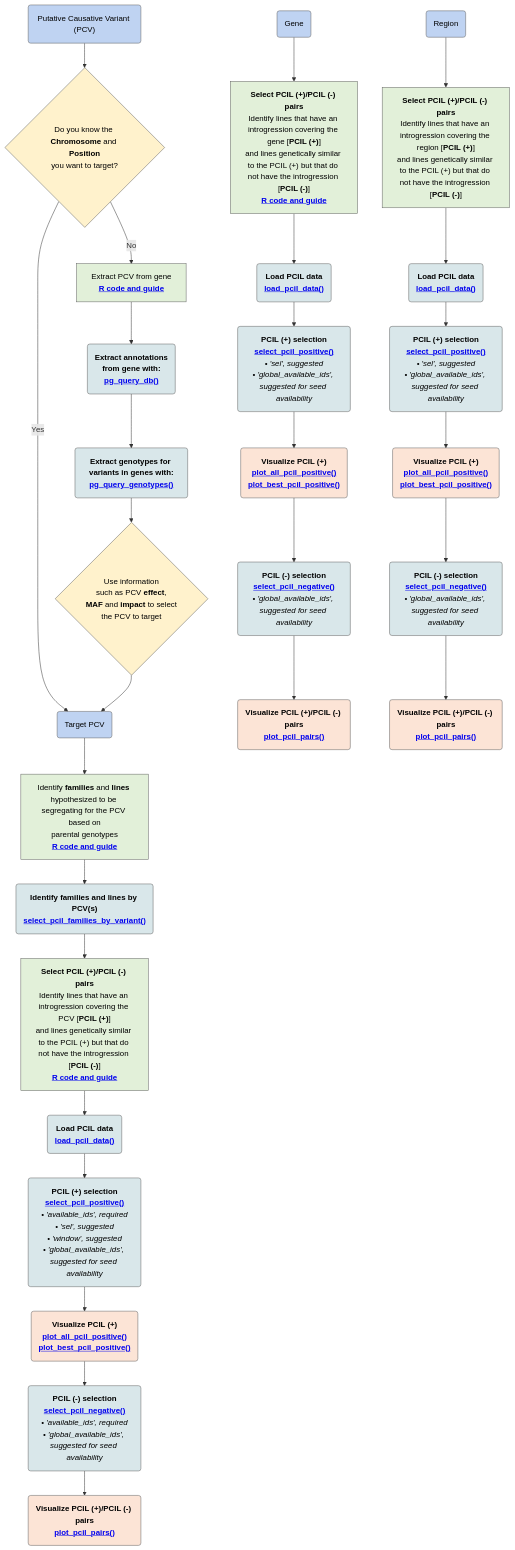
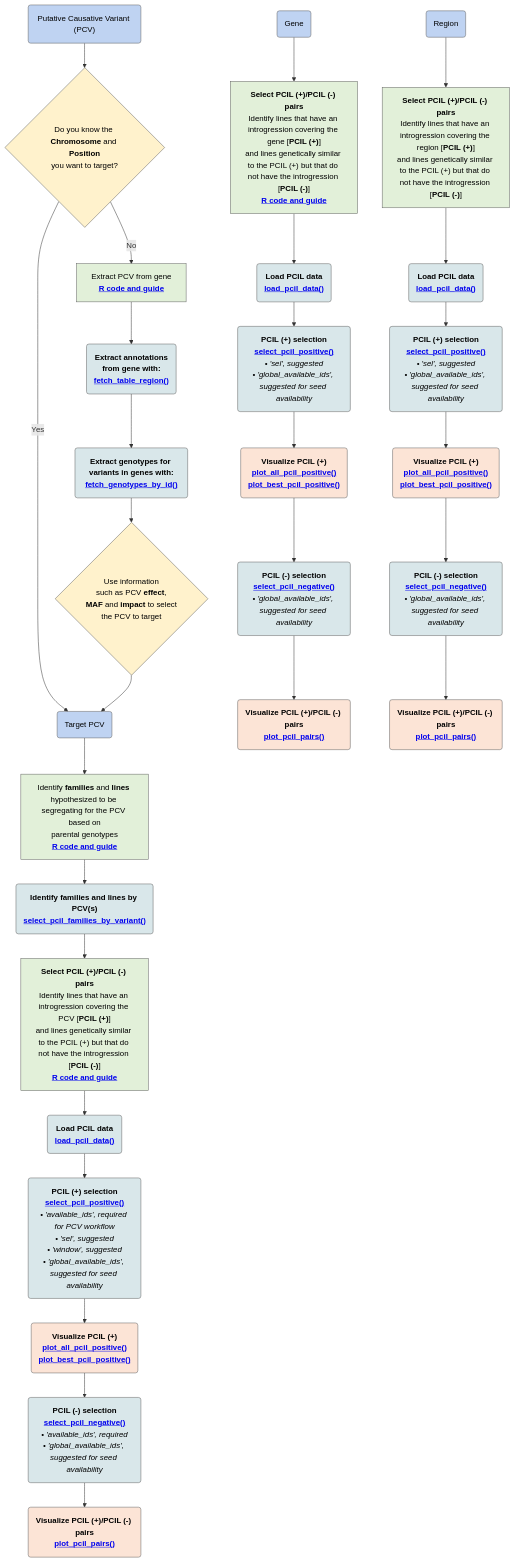
The first of 4 diagrams in README.md (claracruet/PCIL_selection_pipeline), drawn with Mermaid before and after one commit. The commit also changed other lines of this file, not shown here.

```diff
--- a/README.md
+++ b/README.md
@@ -59,9 +59,9 @@
 
 KNOW -->|Yes| TARGET("Target PCV")
 
-EXTRACT --> ANN("<b>Extract annotations</b><br/><b>from gene with:</b><br/><a href='https://awkena.github.io/panGenomeBreedr/articles/panGenomeBreedr_Workflows.html'><b>pg_query_db()</b></a>")
+EXTRACT --> ANN("<b>Extract annotations</b><br/><b>from gene with:</b><br/><a href='https://awkena.github.io/panGenomeBreedr/articles/panGenomeBreedr_Workflows.html'><b>fetch_table_region()</b></a>")
 
-ANN --> GENO("<b>Extract genotypes for variants in genes with:</b><br/><a href='https://awkena.github.io/panGenomeBreedr/articles/panGenomeBreedr_Workflows.html'><b>pg_query_genotypes()</b></a>")
+ANN --> GENO("<b>Extract genotypes for variants in genes with:</b><br/><a href='https://awkena.github.io/panGenomeBreedr/articles/panGenomeBreedr_Workflows.html'><b>fetch_genotypes_by_id()</b></a>")
 
 GENO --> CHOOSE{"Use information<br/>such as PCV <b>effect</b>,<br/><b>MAF</b> and <b>impact</b> to select<br/>the PCV to target"}
 
@@ -75,7 +75,7 @@
 
 PCPOSSTEP --> PCDATA("<b>Load PCIL data</b><br/><a href='https://github.com/claracruet/PCIL_selection_pipeline/blob/main/load_pcil_data_ReadMe.md'><b>load_pcil_data()</b></a>")
 
-PCDATA --> PCPOSFUNC("<b>PCIL (+) selection</b><br/><a href='https://github.com/claracruet/PCIL_selection_pipeline/blob/main/select_pcil_positive_ReadMe.md'><b>select_pcil_positive()</b></a><br/><i>• 'available_ids', required<br/>• 'sel', suggested<br/>• 'window', suggested<br/>• 'global_available_ids', suggested for seed availability</i>")
+PCDATA --> PCPOSFUNC("<b>PCIL (+) selection</b><br/><a href='https://github.com/claracruet/PCIL_selection_pipeline/blob/main/select_pcil_positive_ReadMe.md'><b>select_pcil_positive()</b></a><br/><i>• 'available_ids', required for PCV workflow<br/>• 'sel', suggested<br/>• 'window', suggested<br/>• 'global_available_ids', suggested for seed availability</i>")
 
 PCPOSFUNC --> PCPOSPLOT("<b>Visualize PCIL (+)</b><br/><a href='https://github.com/claracruet/PCIL_selection_pipeline/blob/main/plotting_functions_ReadMe.md'><b>plot_all_pcil_positive()</b></a><br/><a href='https://github.com/claracruet/PCIL_selection_pipeline/blob/main/plotting_functions_ReadMe.md'><b>plot_best_pcil_positive()</b></a>")
 
@@ -88,7 +88,7 @@
 %% GENE BRANCH
 %% =========================================================
 
-GENE --> GPOSSTEP["<b>Select PCIL (+)/PCIL (-) pairs</b><br/>Identify lines that have an introgression covering the gene [<b>PCIL (+)</b>]<br/>and lines genetically similar to the PCIL (+) but that do not have the introgression [<b>PCIL (-)</b>]</br><a href='https://github.com/claracruet/PCIL_selection_pipeline/blob/main/gene_to_pcil_branch.md'><b>R code and guide</b></a>"]
+GENE --> GPOSSTEP["<b>Select PCIL (+)/PCIL (-) pairs</b><br/>Identify lines that have an introgression covering the gene [<b>PCIL (+)</b>]<br/>and lines genetically similar to the PCIL (+) but that do not have the introgression [<b>PCIL (-)</b>]<br/><a href='https://github.com/claracruet/PCIL_selection_pipeline/blob/main/gene_to_pcil_branch.md'><b>R code and guide</b></a>"]
 
 GPOSSTEP --> GDATA("<b>Load PCIL data</b><br/><a href='https://github.com/claracruet/PCIL_selection_pipeline/blob/main/load_pcil_data_ReadMe.md'><b>load_pcil_data()</b></a>")
 
```
